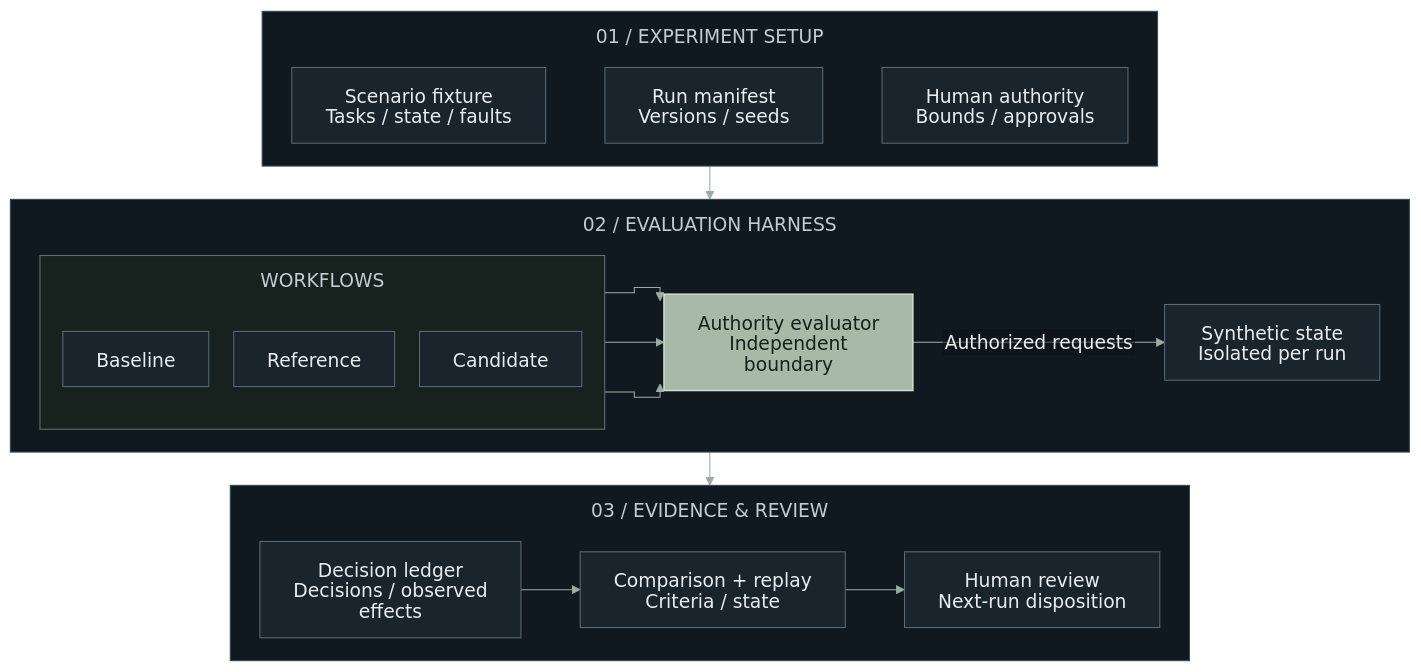
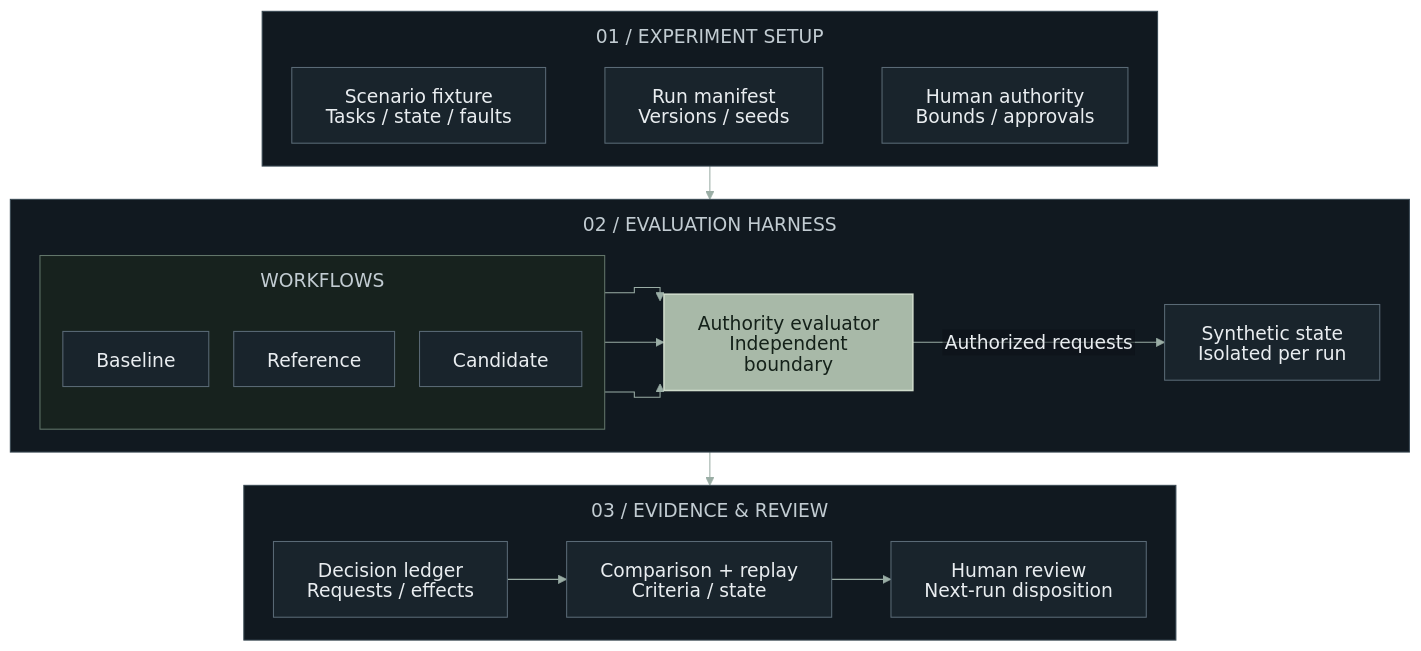
Before and after one commit to endrhq/.github: the diagram in README.md, drawn with Mermaid. The commit also changed 1 other file, not shown here.

Commit message:
Keep evidence labels to two lines

````diff
--- a/README.md
+++ b/README.md
@@ -19,37 +19,37 @@
 ```mermaid
 %%{init: {"theme":"base","themeVariables":{"fontFamily":"Arial, Helvetica, sans-serif","fontSize":"18px","primaryColor":"#19242c","primaryTextColor":"#e9edf0","primaryBorderColor":"#5a6a76","lineColor":"#9aada5","clusterBkg":"#111920","clusterBorder":"#384852","titleColor":"#c2ccd2","edgeLabelBackground":"#0d1117"},"htmlLabels":false,"flowchart":{"htmlLabels":false,"curve":"stepAfter","nodeSpacing":24,"rankSpacing":32,"padding":16,"subGraphTitleMargin":{"top":12,"bottom":20}}}}%%
 flowchart TB
     accTitle: endr — Systems research architecture
     accDescr: Three layers show experiment setup, the evaluation harness, and evidence with human review. Requests are evaluated independently against human-defined authority. Synthetic requests, decisions, and observed effects feed comparison and replay.
 
     subgraph SETUP["01 / EXPERIMENT SETUP"]
         direction LR
         SCENARIO["Scenario fixture<br/>Tasks / state / faults"] ~~~ MANIFEST["Run manifest<br/>Versions / seeds"] ~~~ AUTHORITY["Human authority<br/>Bounds / approvals"]
     end
 
     subgraph HARNESS["02 / EVALUATION HARNESS"]
         direction LR
         subgraph WORKFLOWS["WORKFLOWS"]
             direction TB
             BASELINE["Baseline"]
             REFERENCE["Reference"]
             CANDIDATE["Candidate"]
         end
         EVALUATOR["Authority evaluator<br/>Independent boundary"]
         STATE["Synthetic state<br/>Isolated per run"]
         BASELINE & REFERENCE & CANDIDATE --> EVALUATOR
         EVALUATOR -->|Authorized requests| STATE
     end
 
     subgraph EVIDENCE["03 / EVIDENCE & REVIEW"]
         direction LR
-        LEDGER["Decision ledger<br/>Decisions / observed effects"] --> ANALYSIS["Comparison + replay<br/>Criteria / state"] --> REVIEW["Human review<br/>Next-run disposition"]
+        LEDGER["Decision ledger<br/>Requests / effects"] --> ANALYSIS["Comparison + replay<br/>Criteria / state"] --> REVIEW["Human review<br/>Next-run disposition"]
     end
 
     SETUP --> HARNESS
     HARNESS --> EVIDENCE
 
     classDef boundary fill:#a8b9a8,stroke:#cfdbcb,color:#142119,stroke-width:1.5px
     class EVALUATOR boundary
     style WORKFLOWS fill:#17221e,stroke:#62756a,color:#c8d6cc
 ```
````
